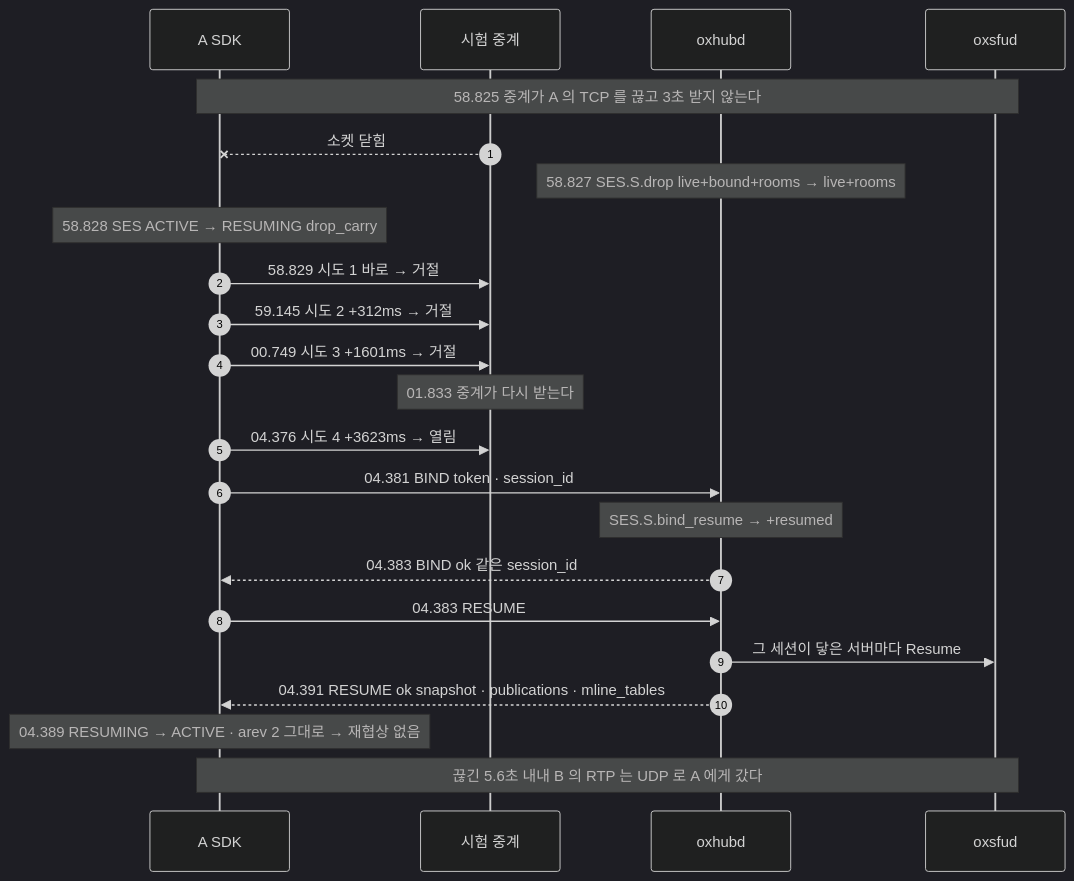
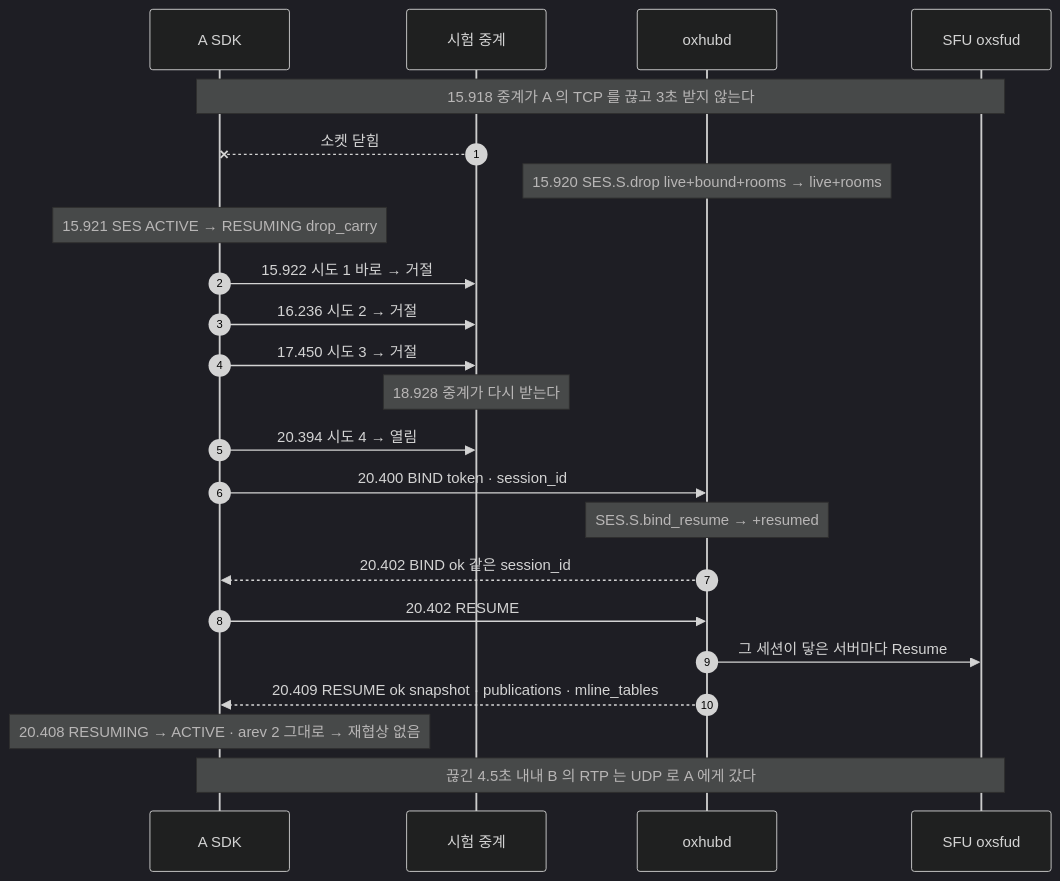
One commit to kodeholic9/oxlens-sfu changed the second of 4 diagrams in docs/learn/10_RECOVERY.md. Above: the diagram before and after it, drawn with Mermaid (dark theme). The commit also changed other lines of this file and 19 other files, not shown here.

````diff
--- a/docs/learn/10_RECOVERY.md
+++ b/docs/learn/10_RECOVERY.md
@@ -61,25 +62,25 @@
 ```mermaid
 sequenceDiagram
   autonumber
   participant A as A SDK
   participant R as 시험 중계
   participant H as oxhubd
-  participant S as oxsfud
-  Note over A,S: 58.825 중계가 A 의 TCP 를 끊고 3초 받지 않는다
+  participant S as SFU oxsfud
+  Note over A,S: 15.918 중계가 A 의 TCP 를 끊고 3초 받지 않는다
   R--xA: 소켓 닫힘
-  Note over H: 58.827 SES.S.drop live+bound+rooms → live+rooms
-  Note over A: 58.828 SES ACTIVE → RESUMING drop_carry
-  A->>R: 58.829 시도 1 바로 → 거절
-  A->>R: 59.145 시도 2 +312ms → 거절
-  A->>R: 00.749 시도 3 +1601ms → 거절
-  Note over R: 01.833 중계가 다시 받는다
-  A->>R: 04.376 시도 4 +3623ms → 열림
-  A->>H: 04.381 BIND token · session_id
+  Note over H: 15.920 SES.S.drop live+bound+rooms → live+rooms
+  Note over A: 15.921 SES ACTIVE → RESUMING drop_carry
+  A->>R: 15.922 시도 1 바로 → 거절
+  A->>R: 16.236 시도 2 → 거절
+  A->>R: 17.450 시도 3 → 거절
+  Note over R: 18.928 중계가 다시 받는다
+  A->>R: 20.394 시도 4 → 열림
+  A->>H: 20.400 BIND token · session_id
   Note over H: SES.S.bind_resume → +resumed
-  H-->>A: 04.383 BIND ok 같은 session_id
-  A->>H: 04.383 RESUME
+  H-->>A: 20.402 BIND ok 같은 session_id
+  A->>H: 20.402 RESUME
   H->>S: 그 세션이 닿은 서버마다 Resume
-  H-->>A: 04.391 RESUME ok snapshot · publications · mline_tables
-  Note over A: 04.389 RESUMING → ACTIVE · arev 2 그대로 → 재협상 없음
-  Note over S,A: 끊긴 5.6초 내내 B 의 RTP 는 UDP 로 A 에게 갔다
+  H-->>A: 20.409 RESUME ok snapshot · publications · mline_tables
+  Note over A: 20.408 RESUMING → ACTIVE · arev 2 그대로 → 재협상 없음
+  Note over S,A: 끊긴 4.5초 내내 B 의 RTP 는 UDP 로 A 에게 갔다
 ```
````
